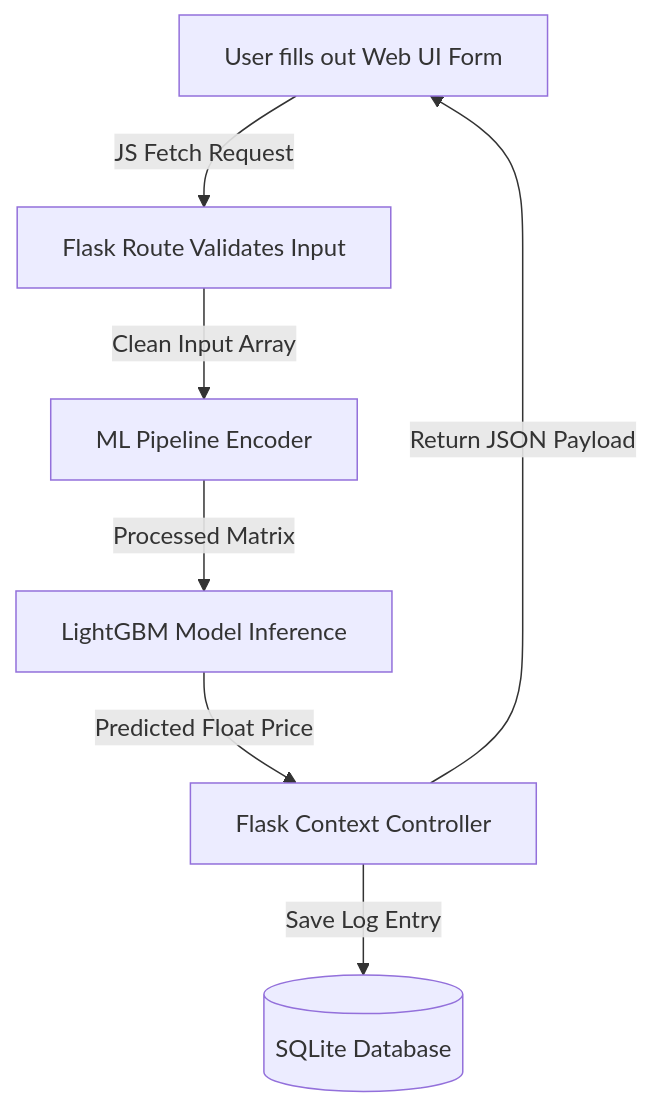
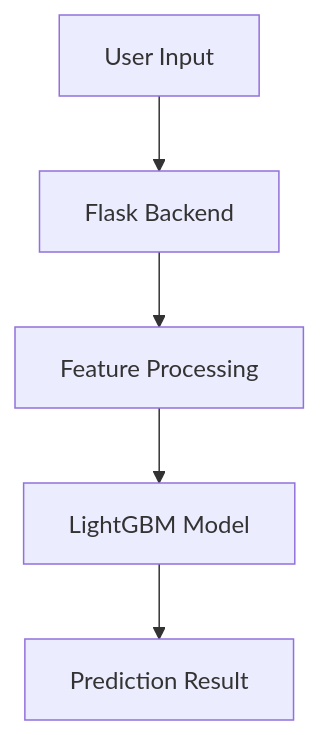
One commit to sivadev022/Northstone changed the diagram in README.md. Above: the diagram before and after it, drawn with Mermaid. The commit also changed other lines of this file, not shown here.

````diff
--- a/README.md
+++ b/README.md
@@ -106,10 +106,8 @@
 ```mermaid
 graph TD
-    A[User fills out Web UI Form] -->|JS Fetch Request| B[Flask Route Validates Input]
-    B -->|Clean Input Array| C[ML Pipeline Encoder]
-    C -->|Processed Matrix| D[LightGBM Model Inference]
-    D -->|Predicted Float Price| E[Flask Context Controller]
-    E -->|Save Log Entry| F[(SQLite Database)]
-    E -->|Return JSON Payload| A
+    A[User Input] --> B[Flask Backend]
+    B --> C[Feature Processing]
+    C --> D[LightGBM Model]
+    D --> E[Prediction Result]
 
 ```
````
